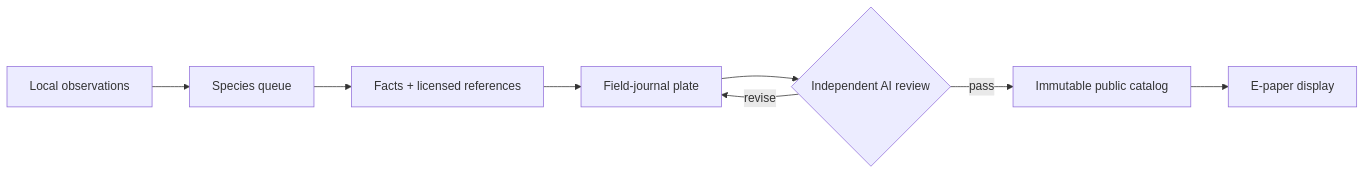
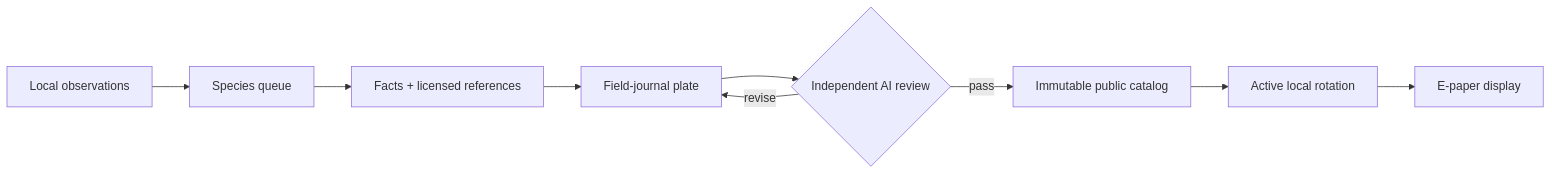
Before and after one commit to veteranbv/inky-bird-frame: the diagram in README.md, drawn with Mermaid. The commit also changed other lines of this file and 20 other files, not shown here.

````diff
--- a/README.md
+++ b/README.md
@@ -28,10 +29,11 @@
 ```mermaid
 flowchart LR
     A["Local observations"] --> B["Species queue"]
     B --> C["Facts + licensed references"]
     C --> D["Field-journal plate"]
     D --> E{"Independent AI review"}
     E -->|pass| F["Immutable public catalog"]
     E -->|revise| D
-    F --> G["E-paper display"]
+    F --> G["Active local rotation"]
+    G --> H["E-paper display"]
 ```
````
